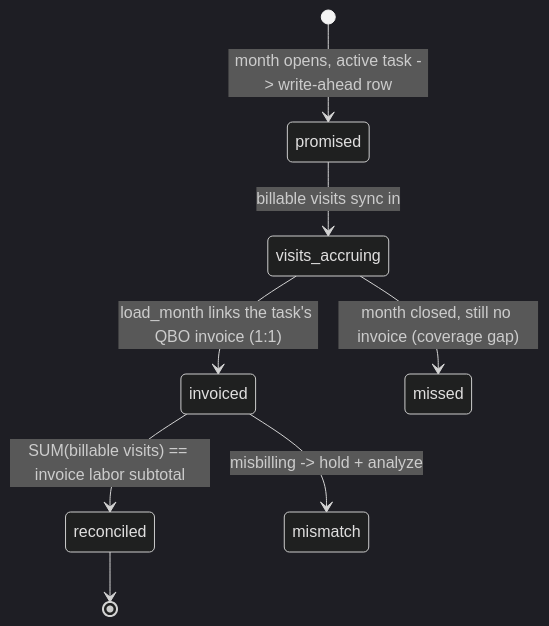
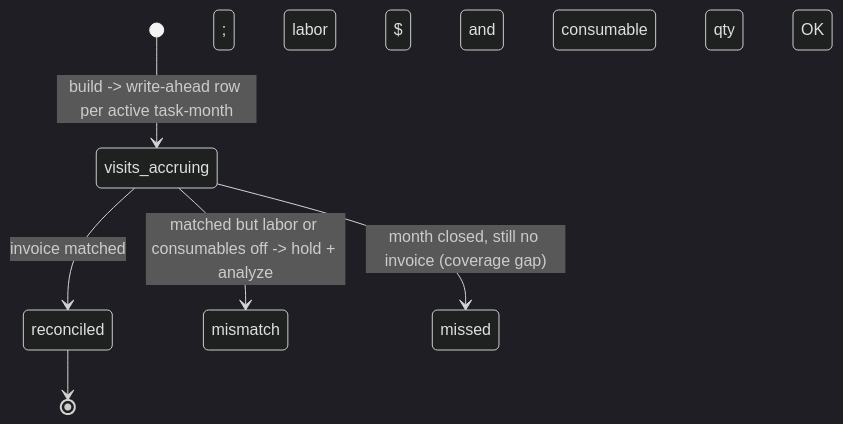
The diagram in docs/entities/task-billing-period.md (jeffspoolspa/servicebilling), drawn with Mermaid (dark theme) before and after one commit. The commit also changed other lines of this file and 22 other files, not shown here.

````diff
--- a/docs/entities/task-billing-period.md
+++ b/docs/entities/task-billing-period.md
@@ -35,10 +68,8 @@
 ```mermaid
 stateDiagram-v2
-  [*] --> promised : month opens, active task -> write-ahead row
-  promised --> visits_accruing : billable visits sync in
-  visits_accruing --> invoiced : load_month links the task's QBO invoice (1:1)
-  invoiced --> reconciled : SUM(billable visits) == invoice labor subtotal
-  invoiced --> mismatch : misbilling -> hold + analyze
+  [*] --> visits_accruing : build -> write-ahead row per active task-month
+  visits_accruing --> reconciled : invoice matched; labor $ and consumable qty OK
+  visits_accruing --> mismatch : matched but labor or consumables off -> hold + analyze
   visits_accruing --> missed : month closed, still no invoice (coverage gap)
   reconciled --> [*]
 ```
````
